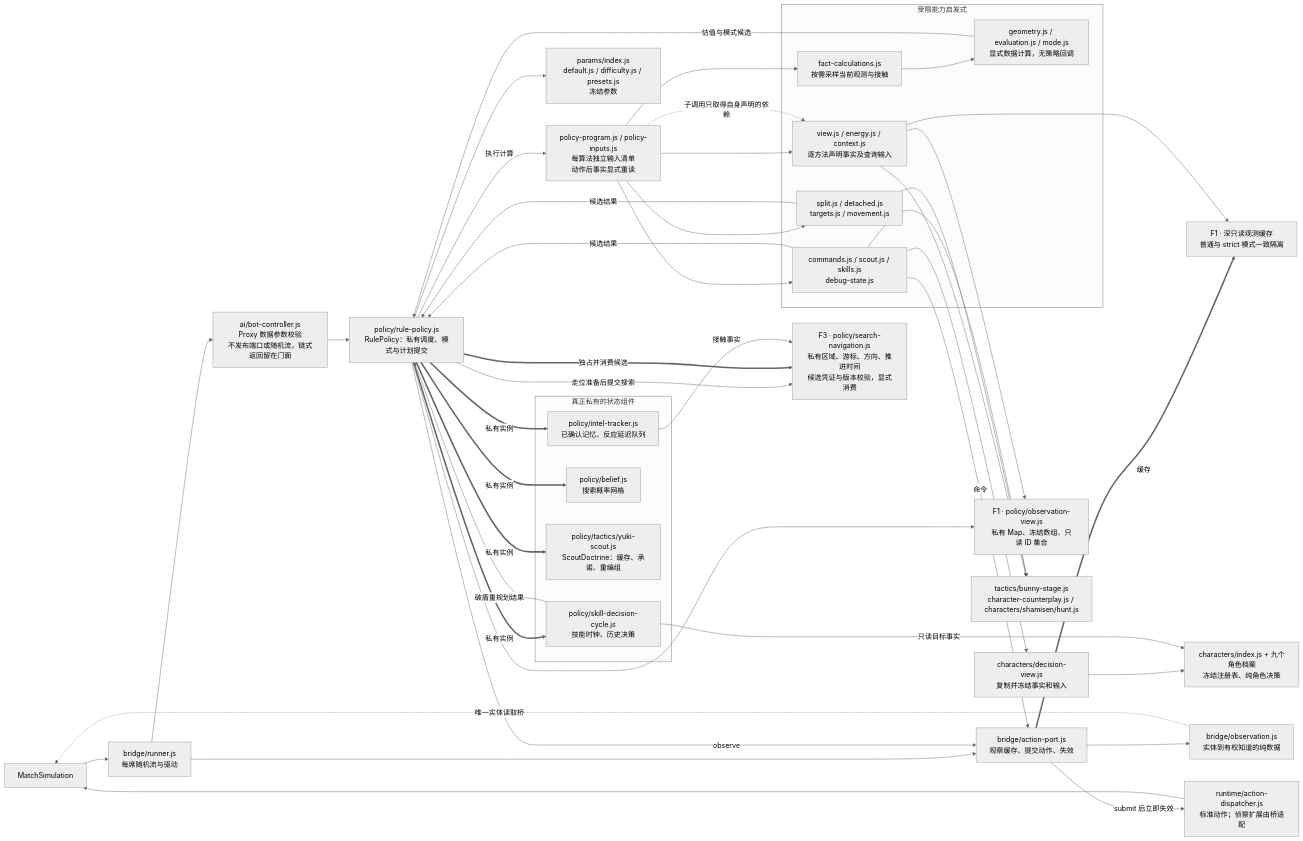
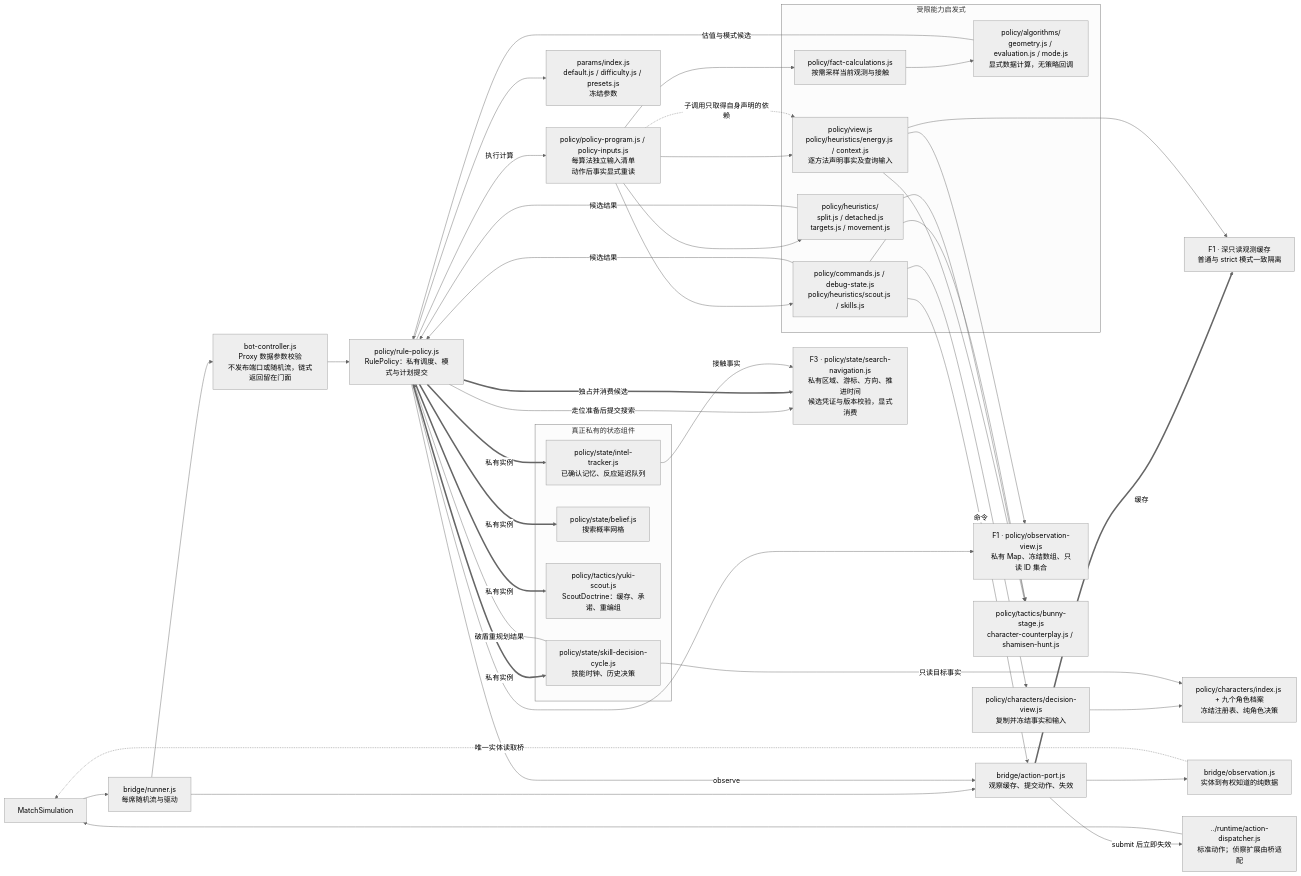
The fifth of 9 diagrams in docs/architecture-map.md (Haruhi-Labs/TDOS), drawn with Mermaid (neutral theme) before and after one commit. The commit also changed other lines of this file and 31 other files, not shown here.

````diff
--- a/docs/architecture-map.md
+++ b/docs/architecture-map.md
@@ -268,58 +268,58 @@
 ```mermaid
 flowchart LR
   MATCH["MatchSimulation"]
   RUN["bridge/runner.js<br/>每席随机流与驱动"]
-  BOT["ai/bot-controller.js<br/>Proxy 数据参数校验<br/>不发布端口或随机流，链式返回留在门面"]
+  BOT["bot-controller.js<br/>Proxy 数据参数校验<br/>不发布端口或随机流，链式返回留在门面"]
   RP["policy/rule-policy.js<br/>RulePolicy：私有调度、模式与计划提交"]
   OBSBUILD["bridge/observation.js<br/>实体到有权知道的纯数据"]
   PORT["bridge/action-port.js<br/>观察缓存、提交动作、失效"]
   OBS["F1 · 深只读观测缓存<br/>普通与 strict 模式一致隔离"]
   INDEX["F1 · policy/observation-view.js<br/>私有 Map、冻结数组、只读 ID 集合"]
   PARAM["params/index.js<br/>default.js / difficulty.js / presets.js<br/>冻结参数"]
   subgraph private[真正私有的状态组件]
-    INTEL["policy/intel-tracker.js<br/>已确认记忆、反应延迟队列"]
-    BELIEF["policy/belief.js<br/>搜索概率网格"]
+    INTEL["policy/state/intel-tracker.js<br/>已确认记忆、反应延迟队列"]
+    BELIEF["policy/state/belief.js<br/>搜索概率网格"]
     SCOUT["policy/tactics/yuki-scout.js<br/>ScoutDoctrine：缓存、承诺、重编组"]
-    SKILL["policy/skill-decision-cycle.js<br/>技能时钟、历史决策"]
+    SKILL["policy/state/skill-decision-cycle.js<br/>技能时钟、历史决策"]
   end
   subgraph heuristics[受限能力启发式]
-    READ["view.js / energy.js / context.js<br/>逐方法声明事实及查询输入"]
-    PURE["geometry.js / evaluation.js / mode.js<br/>显式数据计算，无策略回调"]
-    SAMPLE["fact-calculations.js<br/>按需采样当前观测与接触"]
-    PLAN["split.js / detached.js<br/>targets.js / movement.js"]
-    ACT["commands.js / scout.js / skills.js<br/>debug-state.js"]
+    READ["policy/view.js<br/>policy/heuristics/energy.js / context.js<br/>逐方法声明事实及查询输入"]
+    PURE["policy/algorithms/<br/>geometry.js / evaluation.js / mode.js<br/>显式数据计算，无策略回调"]
+    SAMPLE["policy/fact-calculations.js<br/>按需采样当前观测与接触"]
+    PLAN["policy/heuristics/<br/>split.js / detached.js<br/>targets.js / movement.js"]
+    ACT["policy/commands.js / debug-state.js<br/>policy/heuristics/scout.js / skills.js"]
   end
-  SEARCH["F3 · policy/search-navigation.js<br/>私有区域、游标、方向、推进时间<br/>候选凭证与版本校验，显式消费"]
-  TACTIC["tactics/bunny-stage.js<br/>character-counterplay.js / characters/shamisen/hunt.js"]
-  FACT["characters/decision-view.js<br/>复制并冻结事实和输入"]
-  PROFILE["characters/index.js + 九个角色档案<br/>冻结注册表、纯角色决策"]
-  DISPATCH["runtime/action-dispatcher.js<br/>标准动作；侦察扩展由桥适配"]
+  SEARCH["F3 · policy/state/search-navigation.js<br/>私有区域、游标、方向、推进时间<br/>候选凭证与版本校验，显式消费"]
+  TACTIC["policy/tactics/bunny-stage.js<br/>character-counterplay.js / shamisen-hunt.js"]
+  FACT["policy/characters/decision-view.js<br/>复制并冻结事实和输入"]
+  PROFILE["policy/characters/index.js + 九个角色档案<br/>冻结注册表、纯角色决策"]
+  DISPATCH["../runtime/action-dispatcher.js<br/>标准动作；侦察扩展由桥适配"]
   MATCH --> RUN
   RUN --> BOT --> RP
   RUN --> PORT
   PORT --> OBSBUILD
   OBSBUILD -.->|唯一实体读取桥| MATCH
   PORT ==>|缓存| OBS
   RP -->|observe| PORT
   READ --> OBS & INDEX
   RP --> PARAM
   RP ==>|私有实例| INTEL & BELIEF & SCOUT & SKILL
-  PROGRAM["policy-program.js / policy-inputs.js<br/>每算法独立输入清单<br/>动作后事实显式重读"]
+  PROGRAM["policy/policy-program.js / policy-inputs.js<br/>每算法独立输入清单<br/>动作后事实显式重读"]
   RP -->|执行计算| PROGRAM
   PROGRAM --> READ & PLAN & ACT
   PROGRAM --> SAMPLE --> PURE
   PURE -->|估值与模式候选| RP
   RP -->|走位准备后提交搜索| SEARCH
   PROGRAM -.->|子调用只取得自身声明的依赖| READ
   PLAN & ACT -->|候选结果| RP
   RP ==>|独占并消费候选| SEARCH
   INTEL -->|接触事实| SEARCH
   RP --> INDEX
   READ & PLAN & ACT --> TACTIC
   ACT --> FACT --> PROFILE
   SKILL -->|只读目标事实| PROFILE
   SKILL -->|破盾重规划结果| RP
   ACT -->|命令| PORT
   PORT -->|submit 后立即失效| DISPATCH
   DISPATCH --> MATCH
 ```
````
